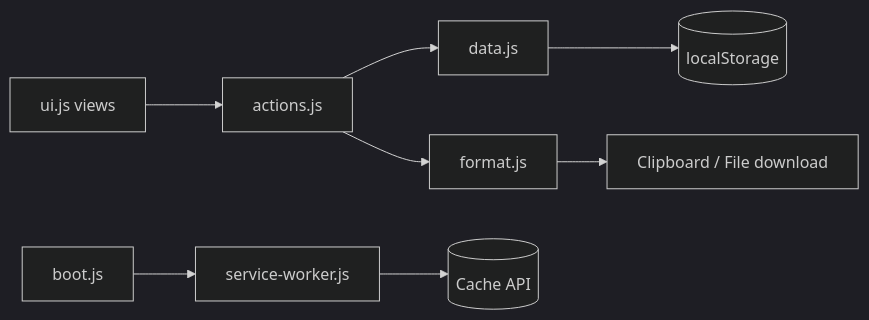
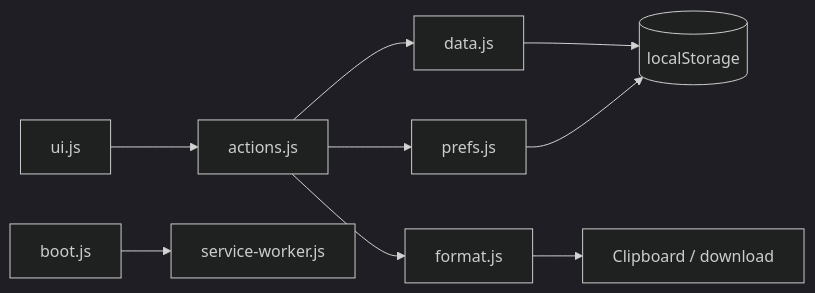
Before and after one commit to joshuaparris-max/FieldNotes: the diagram in docs/ARCHITECTURE.md, drawn with Mermaid (dark theme). The commit also changed other lines of this file and 20 other files, not shown here.

````diff
--- a/docs/ARCHITECTURE.md
+++ b/docs/ARCHITECTURE.md
@@ -112,10 +128,11 @@
 ```mermaid
 flowchart LR
-  UI[ui.js views] --> Actions[actions.js]
+  UI[ui.js] --> Actions[actions.js]
   Actions --> Data[data.js]
+  Actions --> Prefs[prefs.js]
   Data --> LS[(localStorage)]
+  Prefs --> LS
   Actions --> Format[format.js]
-  Format --> Clipboard[Clipboard / File download]
+  Format --> Clipboard[Clipboard / download]
   Boot[boot.js] --> SW[service-worker.js]
-  SW --> Cache[(Cache API)]
 ```
````
